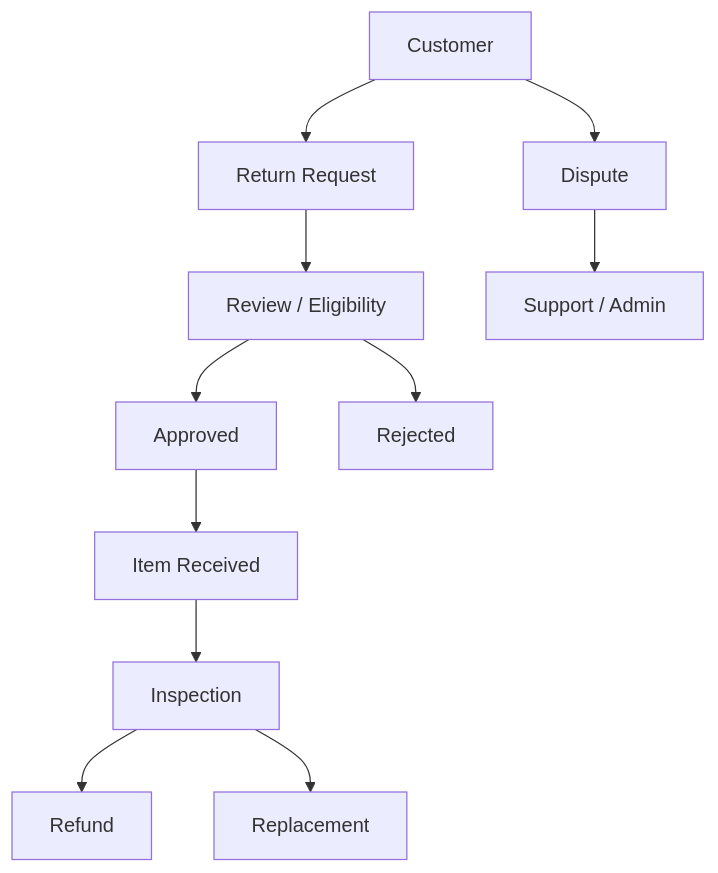
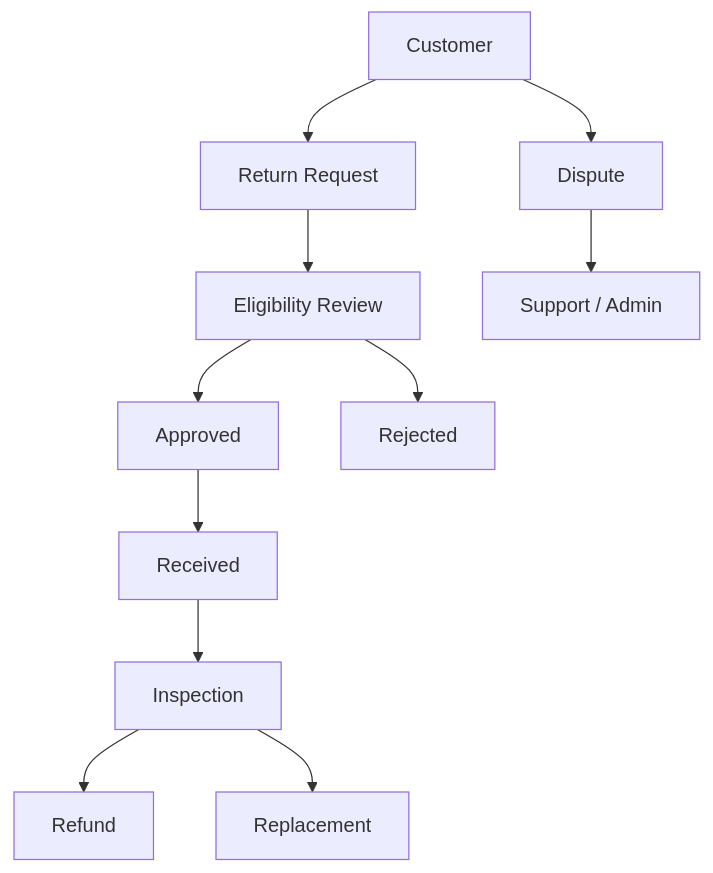
One commit to Izyane-InovSolutions/commerce changed the sixth of 9 diagrams in README.md. Above: the diagram before and after it, drawn with Mermaid. The commit also changed other lines of this file, not shown here.

Commit message:
docs: finalize NestJS modular monolith architecture

````diff
--- a/README.md
+++ b/README.md
@@ -792,13 +434,13 @@
 ```mermaid
 flowchart TD
     CUSTOMER[Customer] --> RETURN[Return Request]
-    RETURN --> REVIEW[Review / Eligibility]
-    REVIEW --> APPROVED[Approved]
-    REVIEW --> REJECTED[Rejected]
-    APPROVED --> RECEIVED[Item Received]
+    RETURN --> ELIGIBILITY[Eligibility Review]
+    ELIGIBILITY --> APPROVED[Approved]
+    ELIGIBILITY --> REJECTED[Rejected]
+    APPROVED --> RECEIVED[Received]
     RECEIVED --> INSPECT[Inspection]
     INSPECT --> REFUND[Refund]
     INSPECT --> REPLACEMENT[Replacement]
     CUSTOMER --> DISPUTE[Dispute]
     DISPUTE --> SUPPORT[Support / Admin]
 ```
````
